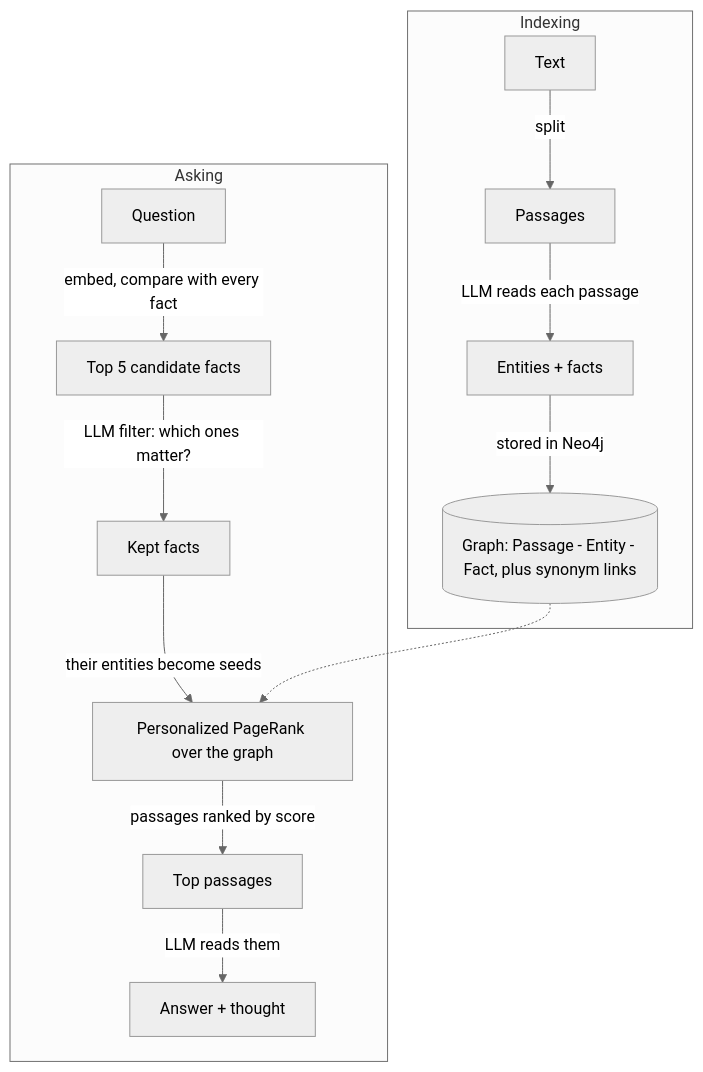
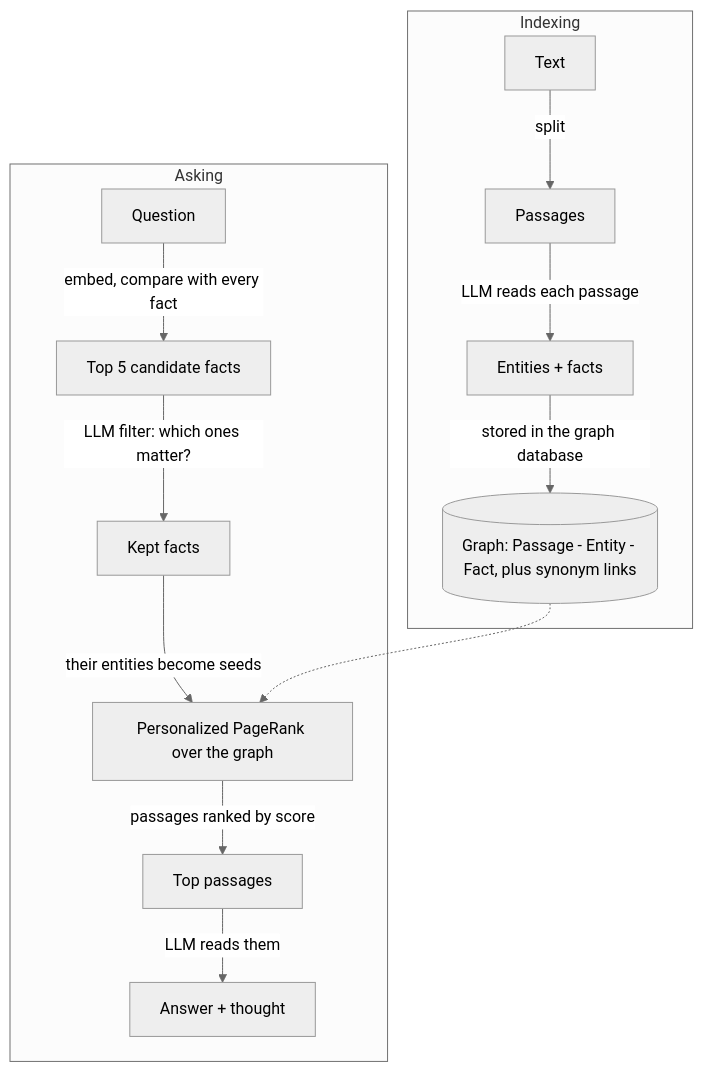
One commit to MattMakes/hippo changed the diagram in README.md. Above: the diagram before and after it, drawn with Mermaid (neutral theme). The commit also changed other lines of this file and 29 other files, not shown here.

````diff
--- a/README.md
+++ b/README.md
@@ -127,16 +169,16 @@
 ```mermaid
 flowchart TD
     subgraph Indexing
         A[Text] -->|split| B[Passages]
         B -->|LLM reads each passage| C[Entities + facts]
-        C -->|stored in Neo4j| D[(Graph: Passage - Entity - Fact, plus synonym links)]
+        C -->|stored in the graph database| D[(Graph: Passage - Entity - Fact, plus synonym links)]
     end
     subgraph Asking
         Q[Question] -->|embed, compare with every fact| F[Top 5 candidate facts]
         F -->|LLM filter: which ones matter?| K[Kept facts]
         K -->|their entities become seeds| P[Personalized PageRank over the graph]
         P -->|passages ranked by score| R[Top passages]
         R -->|LLM reads them| ANS[Answer + thought]
     end
     D -.-> P
 ```
````
